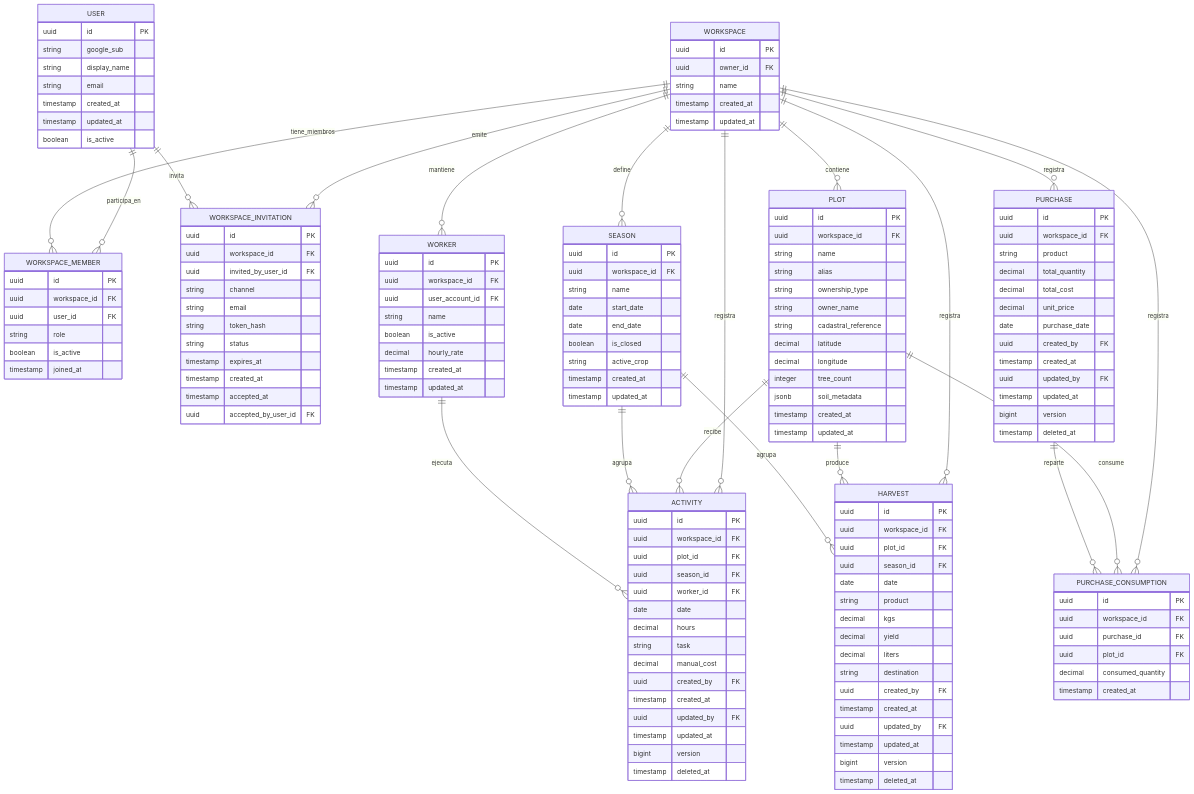
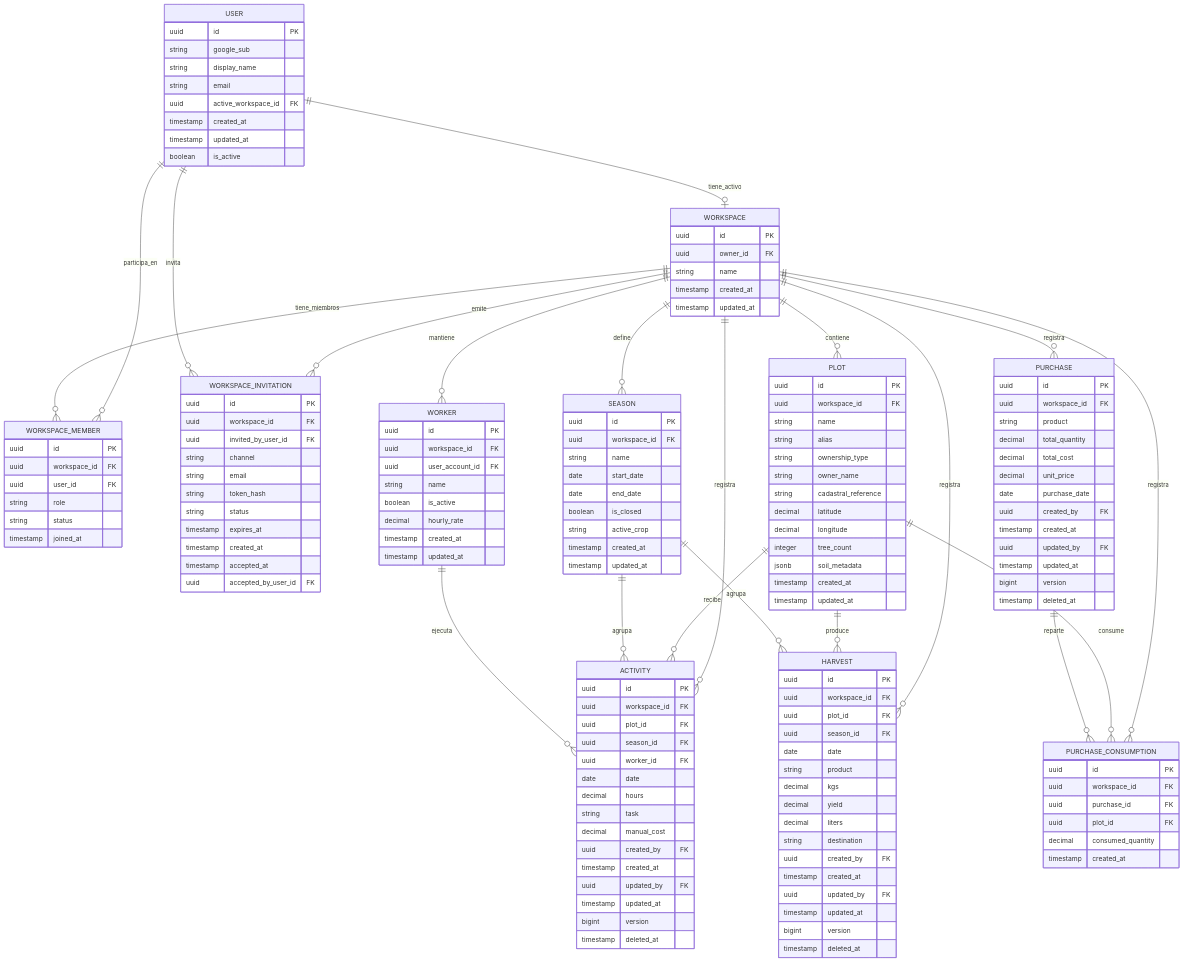
The diagram in docs/02-arquitectura/modelo-de-datos.md (AndresGilabert/terrenario), drawn with Mermaid before and after one commit. The commit also changed other lines of this file and 35 other files, not shown here.

First line of the commit message:
feat(workspaces): membresía y selector de Workspace activo (MVP-104)

```diff
--- a/docs/02-arquitectura/modelo-de-datos.md
+++ b/docs/02-arquitectura/modelo-de-datos.md
@@ -23,6 +23,7 @@
         string google_sub
         string display_name
         string email
+        uuid active_workspace_id FK
         timestamp created_at
         timestamp updated_at
         boolean is_active
@@ -41,7 +42,7 @@
         uuid workspace_id FK
         uuid user_id FK
         string role
-        boolean is_active
+        string status
         timestamp joined_at
     }
 
@@ -161,6 +162,7 @@
     }
 
     USER ||--o{ WORKSPACE_MEMBER : participa_en
+    USER ||--o| WORKSPACE : tiene_activo
     WORKSPACE ||--o{ WORKSPACE_MEMBER : tiene_miembros
     WORKSPACE ||--o{ WORKSPACE_INVITATION : emite
     USER ||--o{ WORKSPACE_INVITATION : invita
```
